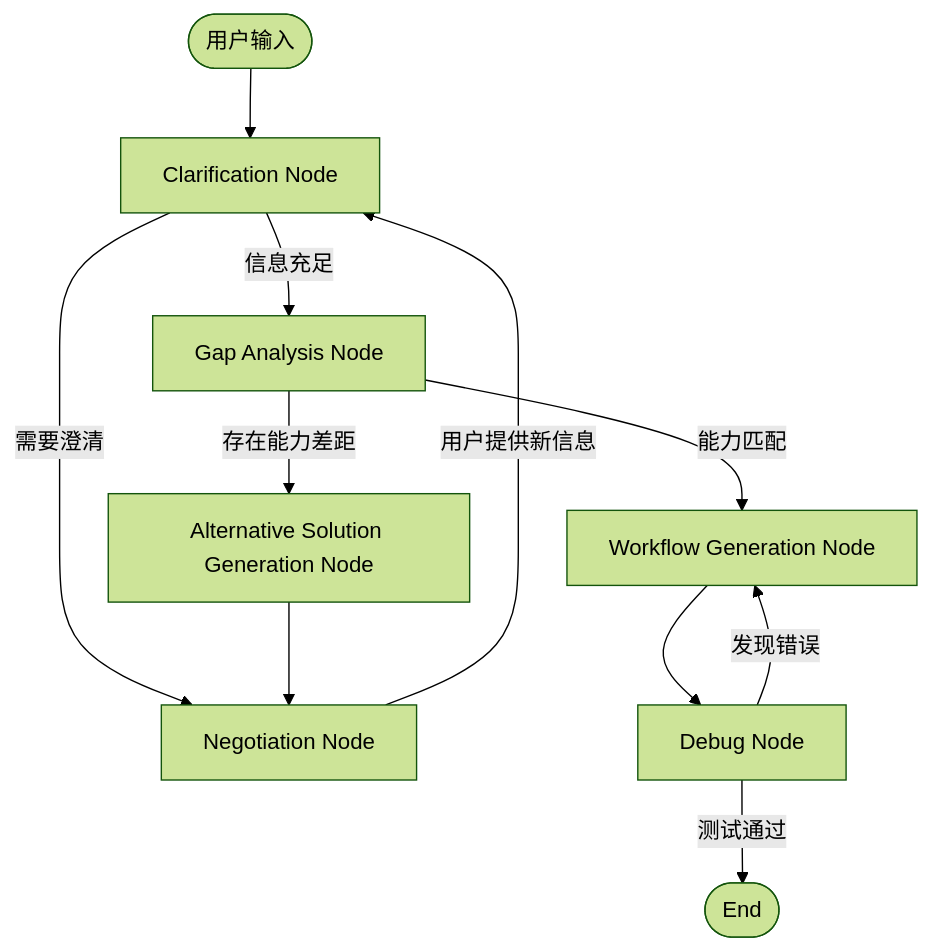
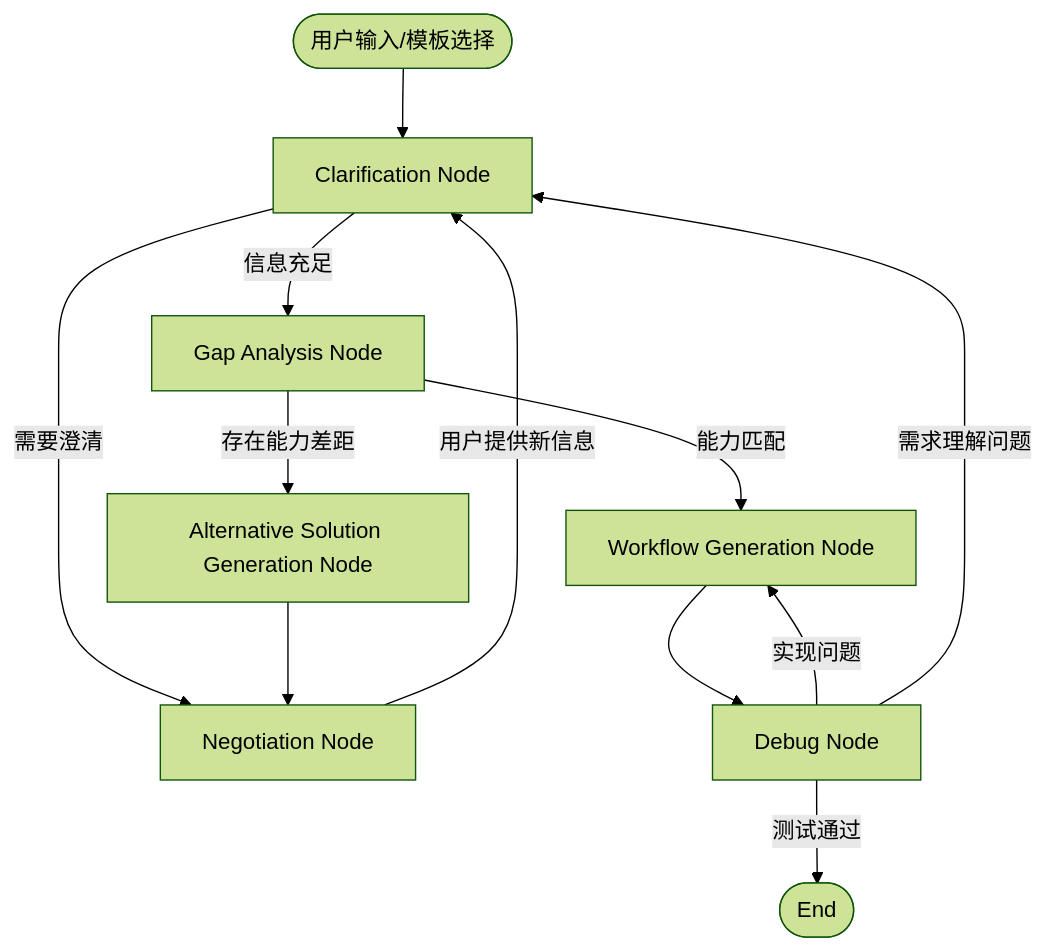
The fifth of 7 diagrams in docs/tech-design/workflow-agent-architecture.md (CurvatureX/agent_team_monorepo), drawn with Mermaid (forest theme) before and after one commit. The commit also changed other lines of this file and 46 other files, not shown here.

````diff
--- a/docs/tech-design/workflow-agent-architecture.md
+++ b/docs/tech-design/workflow-agent-architecture.md
@@ -117,13 +137,14 @@
 ```mermaid
 graph TD
-    START([用户输入]) --> A["Clarification Node"]
+    START([用户输入/模板选择]) --> A["Clarification Node"]
     A -- "需要澄清" --> n1["Negotiation Node"]
     A -- "信息充足" --> n2["Gap Analysis Node"]
     n2 -- "存在能力差距" --> n3["Alternative Solution Generation Node"]
     n2 -- "能力匹配" --> n4["Workflow Generation Node"]
     n3 --> n1
     n1 -- "用户提供新信息" --> A
     n4 --> n5["Debug Node"]
-    n5 -- "发现错误" --> n4
     n5 -- "测试通过" --> n6([End])
+    n5 -- "实现问题" --> n4
+    n5 -- "需求理解问题" --> A
 ```
````
